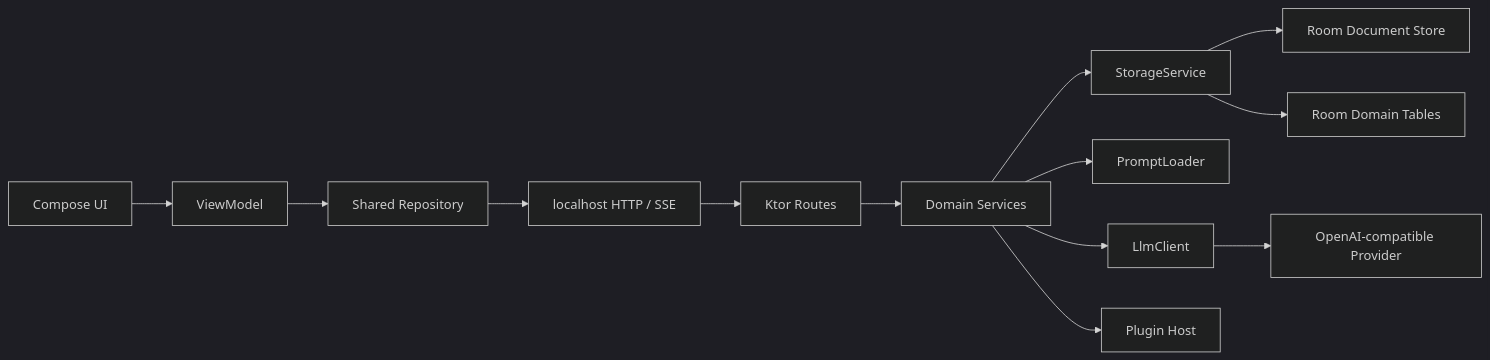
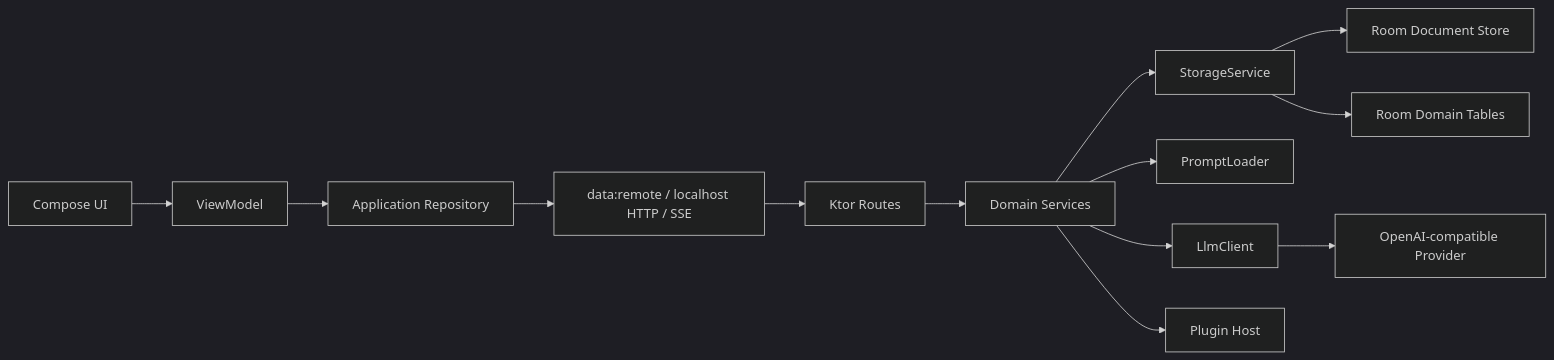
One commit to wkbin/zaomeng changed the diagram in docs/architecture.md. Above: the diagram before and after it, drawn with Mermaid (dark theme). The commit also changed other lines of this file and 304 other files, not shown here.

````diff
--- a/docs/architecture.md
+++ b/docs/architecture.md
@@ -9,15 +9,15 @@
 ```mermaid
 flowchart LR
     UI["Compose UI"] --> VM["ViewModel"]
-    VM --> Repo["Shared Repository"]
-    Repo --> LocalHTTP["localhost HTTP / SSE"]
+    VM --> Repo["Application Repository"]
+    Repo --> LocalHTTP["data:remote / localhost HTTP / SSE"]
     LocalHTTP --> Routes["Ktor Routes"]
     Routes --> Services["Domain Services"]
     Services --> Storage["StorageService"]
     Storage --> Docs["Room Document Store"]
     Storage --> Domain["Room Domain Tables"]
     Services --> Prompt["PromptLoader"]
     Services --> LLM["LlmClient"]
     LLM --> Provider["OpenAI-compatible Provider"]
     Services --> Plugins["Plugin Host"]
 ```
````
